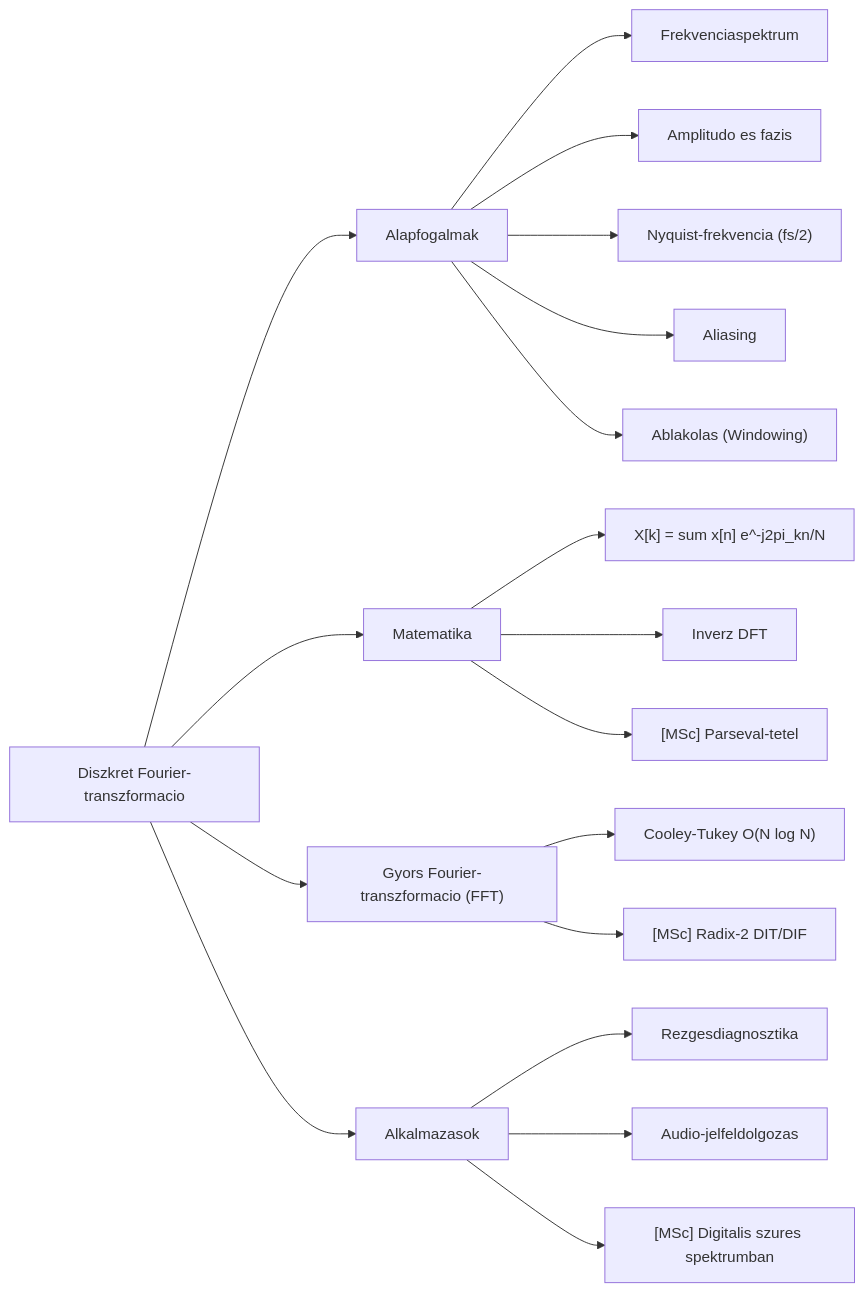
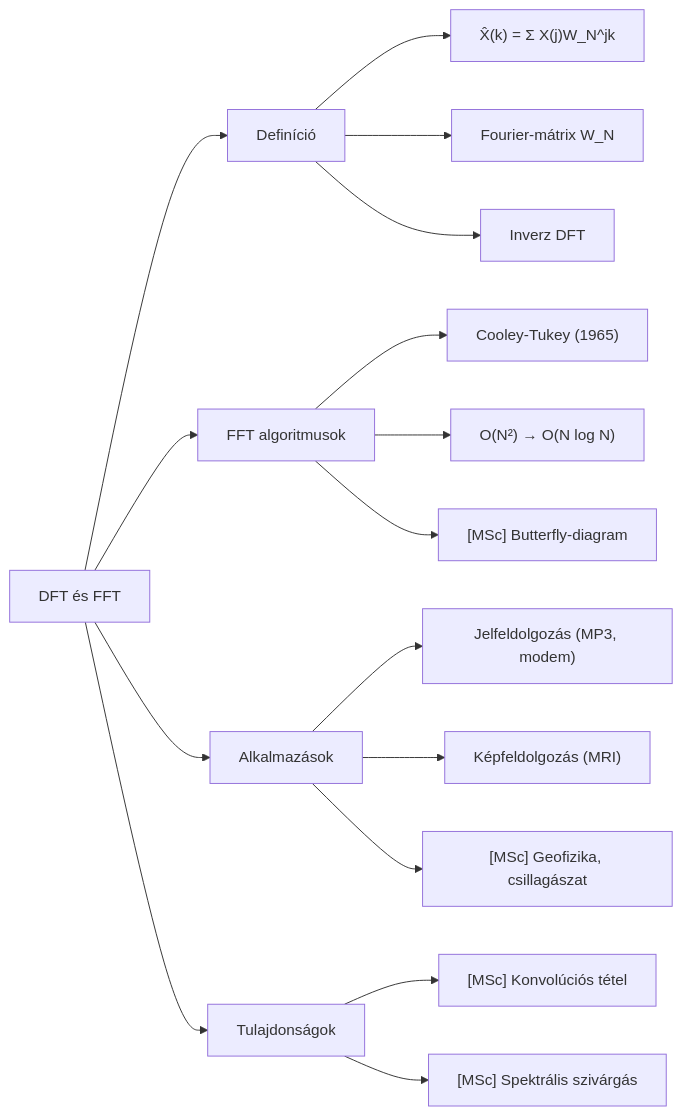
Before and after one commit to InutilemMachina/claude_play: the diagram in haromhetes_teszt/2_dft/2_Mindmap.md, drawn with Mermaid. The commit also changed other lines of this file and 32 other files, not shown here.

````diff
--- a/haromhetes_teszt/2_dft/2_Mindmap.md
+++ b/haromhetes_teszt/2_dft/2_Mindmap.md
@@ -12,21 +12,19 @@
 ```mermaid
 flowchart LR
-  DFT["Diszkret Fourier-transzformacio"]
-  DFT --> ALAP["Alapfogalmak"]
-  ALAP --> SPEKTRUM["Frekvenciaspektrum"]
-  ALAP --> AMPLITUD["Amplitudo es fazis"]
-  ALAP --> NYQUIST["Nyquist-frekvencia (fs/2)"]
-  ALAP --> ALIASING["Aliasing"]
-  ALAP --> ABLAK["Ablakolas (Windowing)"]
-  DFT --> MAT["Matematika"]
-  MAT --> KEPLET["X[k] = sum x[n] e^-j2pi_kn/N"]
-  MAT --> IDFT["Inverz DFT"]
-  MAT --> PARSEVAL["[MSc] Parseval-tetel"]
-  DFT --> FFT["Gyors Fourier-transzformacio (FFT)"]
-  FFT --> COOLEY["Cooley-Tukey O(N log N)"]
-  FFT --> RADIX2["[MSc] Radix-2 DIT/DIF"]
-  DFT --> APP["Alkalmazasok"]
-  APP --> VIBR["Rezgesdiagnosztika"]
-  APP --> AUDIO["Audio-jelfeldolgozas"]
-  APP --> FILTER["[MSc] Digitalis szures spektrumban"]
+  DFT["DFT és FFT"]
+  DFT --> DEFINICIO["Definíció"]
+  DEFINICIO --> KEPLET["X̂(k) = Σ X(j)W_N^jk"]
+  DEFINICIO --> MATRIX["Fourier-mátrix W_N"]
+  DEFINICIO --> IDFT["Inverz DFT"]
+  DFT --> FFT["FFT algoritmusok"]
+  FFT --> CT["Cooley-Tukey (1965)"]
+  FFT --> KOMPLEX["O(N²) → O(N log N)"]
+  FFT --> BUTTERFLY["[MSc] Butterfly-diagram"]
+  DFT --> ALKAL["Alkalmazások"]
+  ALKAL --> JELFELDOLG["Jelfeldolgozás (MP3, modem)"]
+  ALKAL --> KEPFELDOLG["Képfeldolgozás (MRI)"]
+  ALKAL --> GEOFIZ["[MSc] Geofizika, csillagászat"]
+  DFT --> TULAJD["Tulajdonságok"]
+  TULAJD --> KONV["[MSc] Konvolúciós tétel"]
+  TULAJD --> SZIVARGAS["[MSc] Spektrális szivárgás"]
 ```
````
